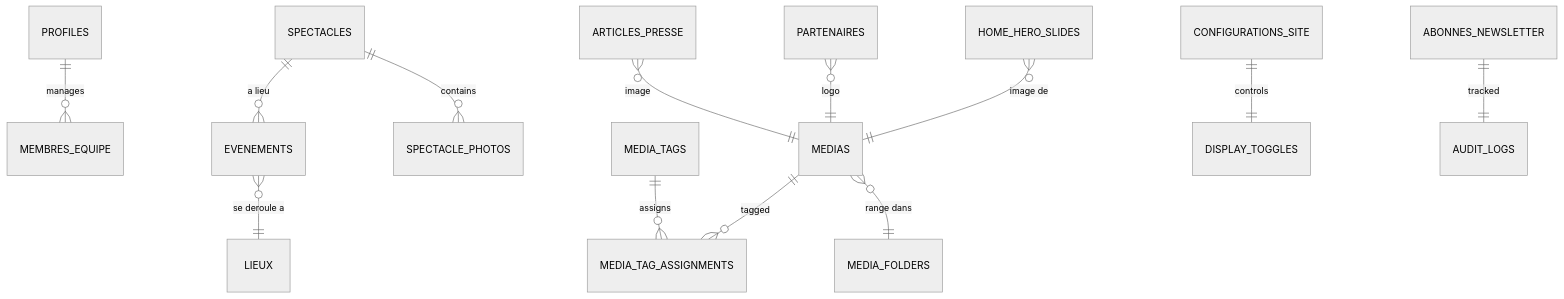
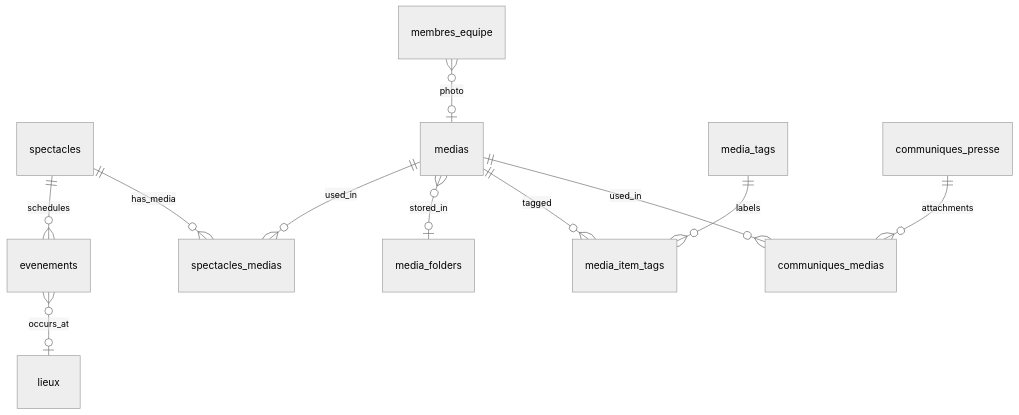
The fourth of 4 diagrams in memory-bank/architecture/Project_Architecture_Blueprint.md (YanBerdin/rougecardinalcompany), drawn with Mermaid (neutral theme) before and after one commit. The commit also changed other lines of this file and 16 other files, not shown here.

First line of the commit message:
docs(memory-bank): compact context/progress and refresh architecture blueprints

````diff
--- a/memory-bank/architecture/Project_Architecture_Blueprint.md
+++ b/memory-bank/architecture/Project_Architecture_Blueprint.md
@@ -503,15 +248,13 @@
 ```mermaid
 erDiagram
-    PROFILES ||--o{ MEMBRES_EQUIPE : manages
-    SPECTACLES ||--o{ EVENEMENTS : "a lieu"
-    EVENEMENTS }o--|| LIEUX : "se deroule a"
-    SPECTACLES ||--o{ SPECTACLE_PHOTOS : contains
-    MEDIAS ||--o{ MEDIA_TAG_ASSIGNMENTS : tagged
-    MEDIA_TAGS ||--o{ MEDIA_TAG_ASSIGNMENTS : assigns
-    MEDIAS }o--|| MEDIA_FOLDERS : "range dans"
-    HOME_HERO_SLIDES }o--|| MEDIAS : "image de"
-    PARTENAIRES }o--|| MEDIAS : logo
-    ARTICLES_PRESSE }o--|| MEDIAS : image
-    CONFIGURATIONS_SITE ||--|| DISPLAY_TOGGLES : controls
-    ABONNES_NEWSLETTER ||--|| AUDIT_LOGS : tracked
+    spectacles ||--o{ evenements : schedules
+    evenements }o--o| lieux : occurs_at
+    spectacles ||--o{ spectacles_medias : has_media
+    medias ||--o{ spectacles_medias : used_in
+    medias }o--o| media_folders : stored_in
+    medias ||--o{ media_item_tags : tagged
+    media_tags ||--o{ media_item_tags : labels
+    membres_equipe }o--o| medias : photo
+    communiques_presse ||--o{ communiques_medias : attachments
+    medias ||--o{ communiques_medias : used_in
 ```
````
